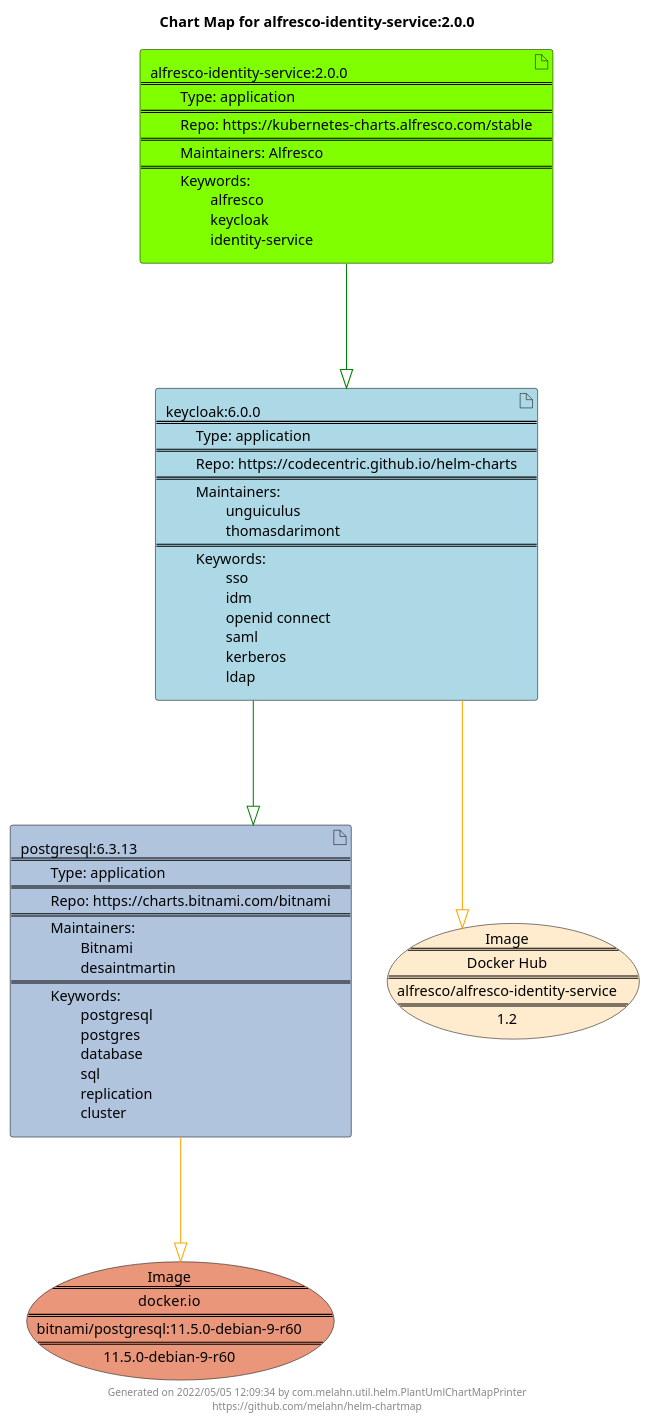
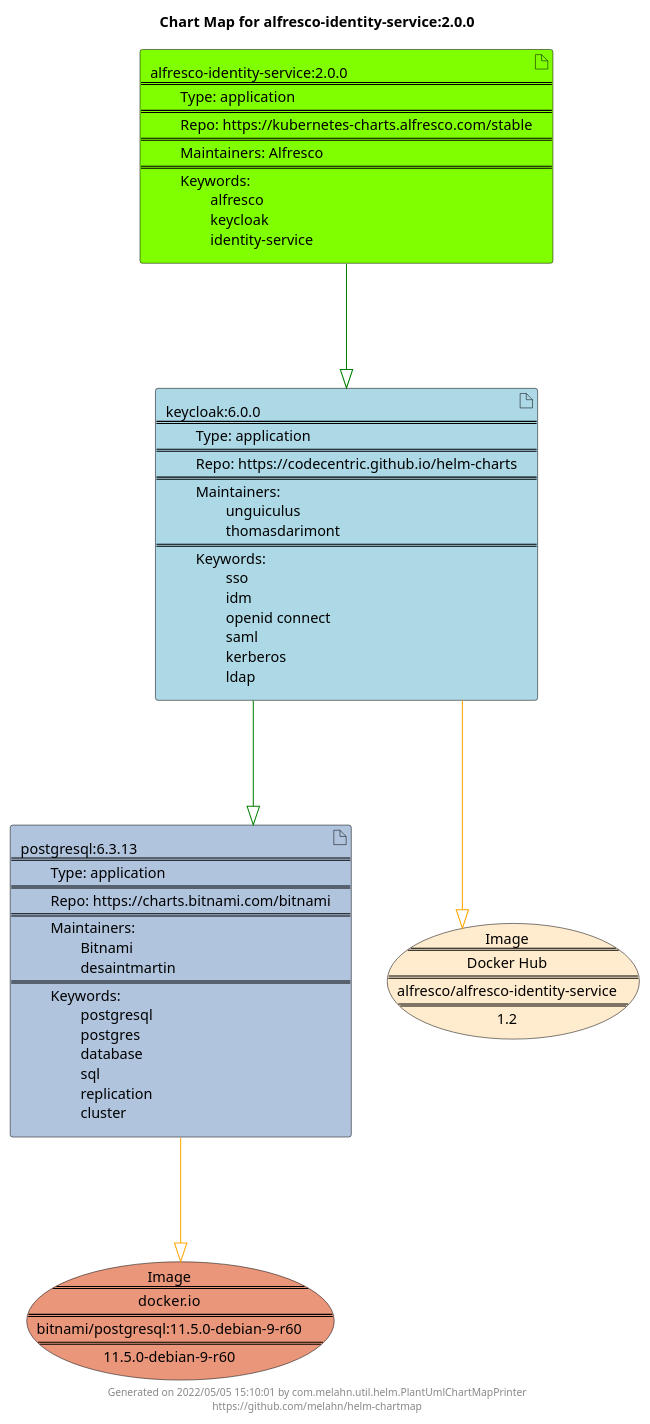
One commit to melahn/helm-chartmap changed the diagram in docs/alfresco-identity-service/alfresco-identity-service-2.0.0.puml. Above: the diagram before and after it, drawn with PlantUML. The commit also changed 57 other files, not shown here.

Commit message:
Update Example Chart Maps as part of GitHub build

```diff
--- a/docs/alfresco-identity-service/alfresco-identity-service-2.0.0.puml
+++ b/docs/alfresco-identity-service/alfresco-identity-service-2.0.0.puml
@@ -1,27 +1,27 @@
 @startuml
 skinparam linetype ortho
 skinparam backgroundColor white
 skinparam usecaseBorderColor black
 skinparam usecaseArrowColor LightSlateGray
 skinparam artifactBorderColor black
 skinparam artifactArrowColor LightSlateGray
 
 title Chart Map for alfresco-identity-service:2.0.0
 
 'There are 3 referenced Helm Charts
 artifact "postgresql:6.3.13\n====\n\tType: application\n====\n\tRepo: https://charts.bitnami.com/bitnami\n====\n\tMaintainers: \n\t\tBitnami\n\t\tdesaintmartin\n====\n\tKeywords: \n\t\tpostgresql\n\t\tpostgres\n\t\tdatabase\n\t\tsql\n\t\treplication\n\t\tcluster" as postgresql_6_3_13 #LightSteelBlue
 artifact "keycloak:6.0.0\n====\n\tType: application\n====\n\tRepo: https://codecentric.github.io/helm-charts\n====\n\tMaintainers: \n\t\tunguiculus\n\t\tthomasdarimont\n====\n\tKeywords: \n\t\tsso\n\t\tidm\n\t\topenid connect\n\t\tsaml\n\t\tkerberos\n\t\tldap" as keycloak_6_0_0 #LightBlue
 artifact "alfresco-identity-service:2.0.0\n====\n\tType: application\n====\n\tRepo: https://kubernetes-charts.alfresco.com/stable\n====\n\tMaintainers: Alfresco\n====\n\tKeywords: \n\t\talfresco\n\t\tkeycloak\n\t\tidentity-service" as alfresco_identity_service_2_0_0 #Chartreuse
 
 'There are 2 referenced Docker Images
 usecase "Image\n====\ndocker.io\n====\nbitnami/postgresql:11.5.0-debian-9-r60\n====\n11.5.0-debian-9-r60" as docker_io_bitnami_postgresql_11_5_0_debian_9_r60 #DarkSalmon
 usecase "Image\n====\nDocker Hub\n====\nalfresco/alfresco-identity-service\n====\n1.2" as alfresco_alfresco_identity_service_1_2 #BlanchedAlmond
 
 'Chart Dependencies
 alfresco_identity_service_2_0_0--[#green]-|>keycloak_6_0_0
 keycloak_6_0_0--[#green]-|>postgresql_6_3_13
 postgresql_6_3_13--[#orange]-|>docker_io_bitnami_postgresql_11_5_0_debian_9_r60
 keycloak_6_0_0--[#orange]-|>alfresco_alfresco_identity_service_1_2
 
-center footer Generated on 2022/05/05 12:09:34 by com.melahn.util.helm.PlantUmlChartMapPrinter\nhttps://github.com/melahn/helm-chartmap
+center footer Generated on 2022/05/05 15:10:01 by com.melahn.util.helm.PlantUmlChartMapPrinter\nhttps://github.com/melahn/helm-chartmap
 @enduml
```
